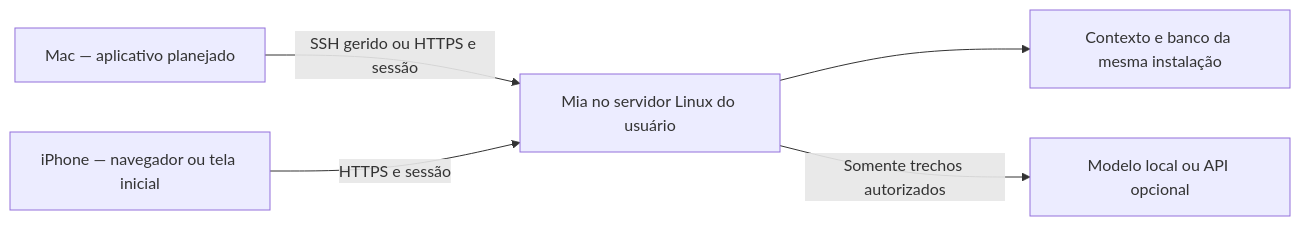
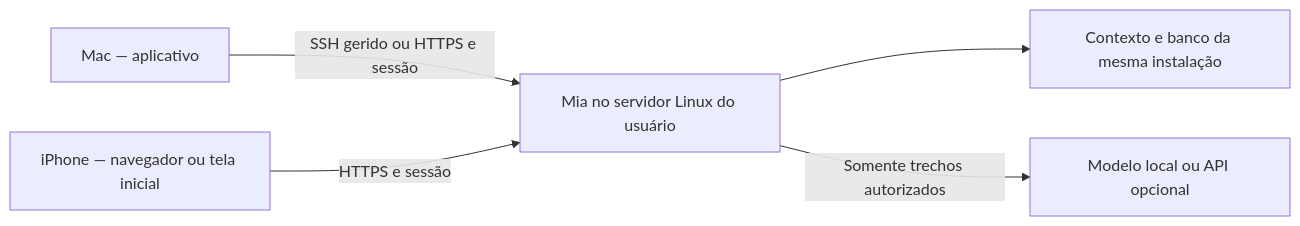
One commit to g6g6g8p8/mia changed the diagram in docs/EXPERIENCE-PLAN.md. Above: the diagram before and after it, drawn with Mermaid. The commit also changed other lines of this file and 8 other files, not shown here.

````diff
--- a/docs/EXPERIENCE-PLAN.md
+++ b/docs/EXPERIENCE-PLAN.md
@@ -60,7 +60,7 @@
 ```mermaid
 flowchart LR
-  Mac[Mac — aplicativo planejado] -->|SSH gerido ou HTTPS e sessão| Mia[Mia no servidor Linux do usuário]
+  Mac[Mac — aplicativo] -->|SSH gerido ou HTTPS e sessão| Mia[Mia no servidor Linux do usuário]
   Phone[iPhone — navegador ou tela inicial] -->|HTTPS e sessão| Mia
   Mia --> Store[Contexto e banco da mesma instalação]
   Mia -->|Somente trechos autorizados| Model[Modelo local ou API opcional]
 ```
````
